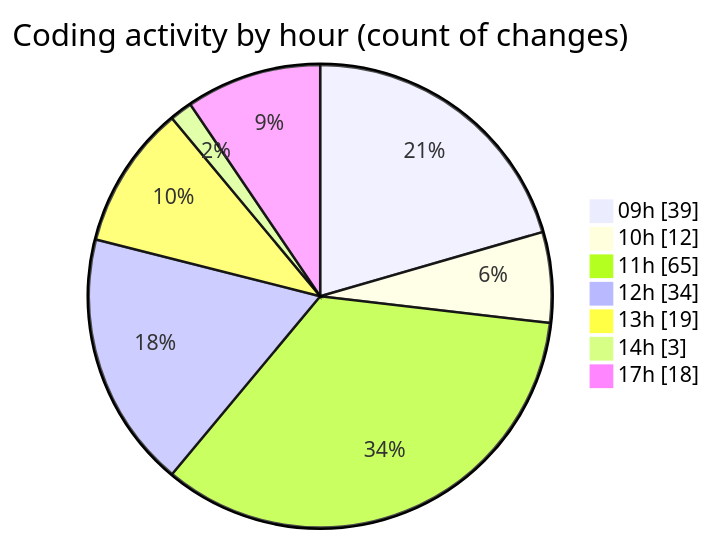
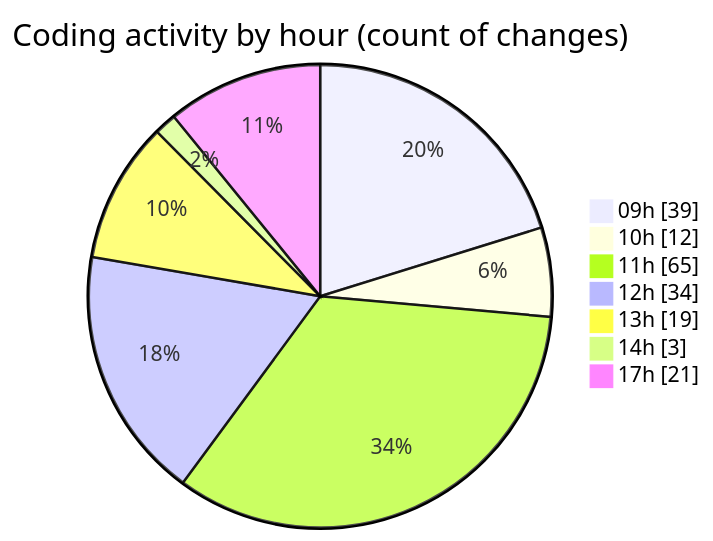
One commit to momahboobian/code-tracking changed the second of 2 diagrams in 2025-03-04/cda/README.md. Above: the diagram before and after it, drawn with Mermaid. The commit also changed other lines of this file and 1 other file, not shown here.

````diff
--- a/2025-03-04/cda/README.md
+++ b/2025-03-04/cda/README.md
@@ -35,11 +35,11 @@
 ```mermaid
 pie showData
 title Coding activity by hour (count of changes)
 "09h" : 39
 "10h" : 12
 "11h" : 65
 "12h" : 34
 "13h" : 19
 "14h" : 3
-"17h" : 18
+"17h" : 21
 ```
````
